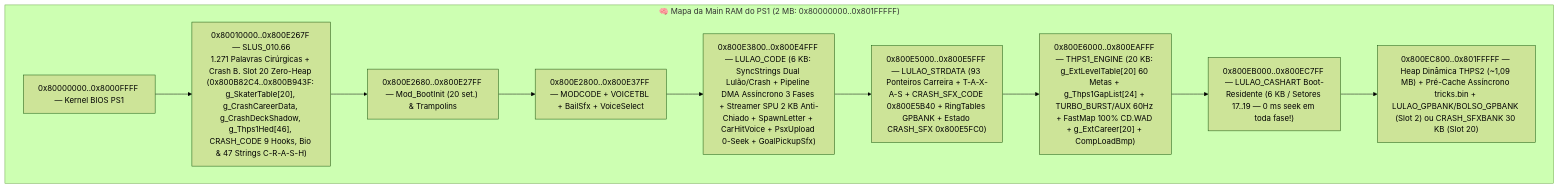
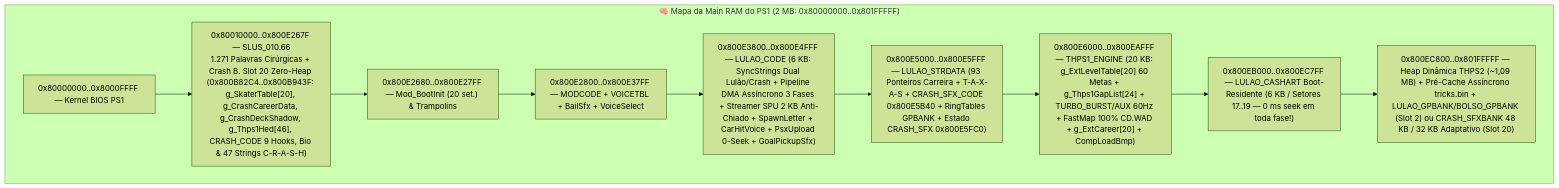
The eighth of 8 diagrams in HISTORIA_DO_PROJETO_THPS2_MOD.md (WagnerxOliveira/Tony_Hawk-s_Pro_Skater_2_Mod_PSX), drawn with Mermaid (forest theme) before and after one commit. The commit also changed other lines of this file and 6 other files, not shown here.

````diff
--- a/HISTORIA_DO_PROJETO_THPS2_MOD.md
+++ b/HISTORIA_DO_PROJETO_THPS2_MOD.md
@@ -838,15 +871,15 @@
 ```mermaid
 flowchart TB
     subgraph RAM["🧠 Mapa da Main RAM do PS1 (2 MB: 0x80000000..0x801FFFFF)"]
         K["0x80000000..0x8000FFFF — Kernel BIOS PS1"]
         E["0x80010000..0x800E267F — SLUS_010.66<br/>1.271 Palavras Cirúrgicas + Crash B. Slot 20 Zero-Heap (0x800B82C4..0x800B943F: g_SkaterTable[20], g_CrashCareerData, g_CrashDeckShadow, g_Thps1Hed[46], CRASH_CODE 9 Hooks, Bio & 47 Strings C-R-A-S-H)"]
         B["0x800E2680..0x800E27FF — Mod_BootInit (20 set.) & Trampolins"]
         M["0x800E2800..0x800E37FF — MODCODE + VOICETBL + BailSfx + VoiceSelect"]
         L["0x800E3800..0x800E4FFF — LULAO_CODE (6 KB: SyncStrings Dual Lulão/Crash + Pipeline DMA Assíncrono 3 Fases + Streamer SPU 2 KB Anti-Chiado + SpawnLetter + CarHitVoice + PsxUpload 0-Seek + GoalPickupSfx)"]
         S["0x800E5000..0x800E5FFF — LULAO_STRDATA (93 Ponteiros Carreira + T-A-X-A-S + CRASH_SFX_CODE 0x800E5B40 + RingTables GPBANK + Estado CRASH_SFX 0x800E5FC0)"]
         T["0x800E6000..0x800EAFFF — THPS1_ENGINE (20 KB: g_ExtLevelTable[20] 60 Metas + g_Thps1GapList[24] + TURBO_BURST/AUX 60Hz + FastMap 100% CD.WAD + g_ExtCareer[20] + CompLoadBmp)"]
         C["0x800EB000..0x800EC7FF — LULAO_CASHART Boot-Residente (6 KB / Setores 17..19 — 0 ms seek em toda fase!)"]
-        H["0x800EC800..0x801FFFFF — Heap Dinâmica THPS2 (~1,09 MB) + Pré-Cache Assíncrono tricks.bin + LULAO_GPBANK/BOLSO_GPBANK (Slot 2) ou CRASH_SFXBANK 30 KB (Slot 20)"]
+        H["0x800EC800..0x801FFFFF — Heap Dinâmica THPS2 (~1,09 MB) + Pré-Cache Assíncrono tricks.bin + LULAO_GPBANK/BOLSO_GPBANK (Slot 2) ou CRASH_SFXBANK 48 KB / 32 KB Adaptativo (Slot 20)"]
     end
     K --> E --> B --> M --> L --> S --> T --> C --> H
 ```
````
